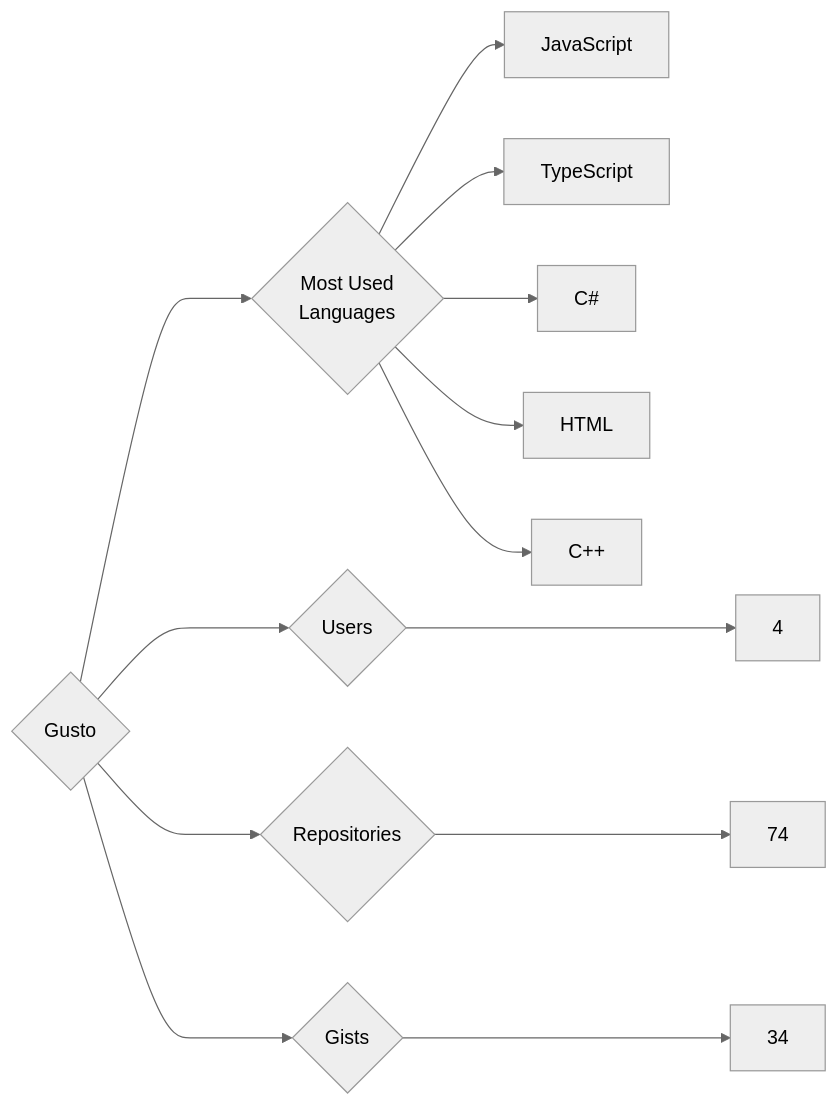
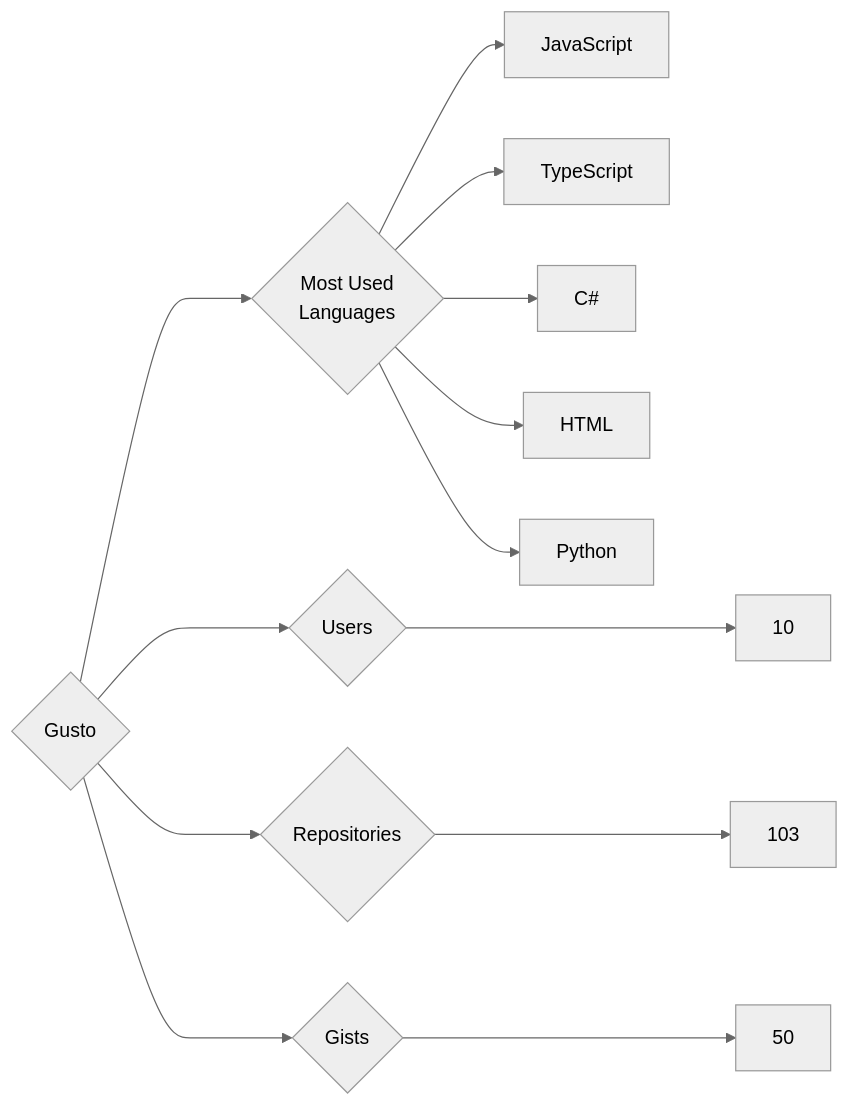
Before and after one commit to trickest/insiders: the diagram in targets/Gusto/README.md, drawn with Mermaid (neutral theme). The commit also changed 622 other files, not shown here.

````diff
--- a/targets/Gusto/README.md
+++ b/targets/Gusto/README.md
@@ -3,13 +3,13 @@
 ```mermaid
 graph LR
 COMPANY_NAME{Gusto}
-COMPANY_NAME ---> U{Users} ---> UN[4]
-COMPANY_NAME ---> R{Repositories} ---> RN[74]
-COMPANY_NAME ---> G{Gists} ---> GN[34]
+COMPANY_NAME ---> U{Users} ---> UN[10]
+COMPANY_NAME ---> R{Repositories} ---> RN[103]
+COMPANY_NAME ---> G{Gists} ---> GN[50]
 COMPANY_NAME ---> ML{Most Used<br>Languages}
 ML --> JavaScript[JavaScript]
 ML --> TypeScript[TypeScript]
 ML --> C#[C#]
 ML --> HTML[HTML]
-ML --> C++[C++]
+ML --> Python[Python]
 ```
````
